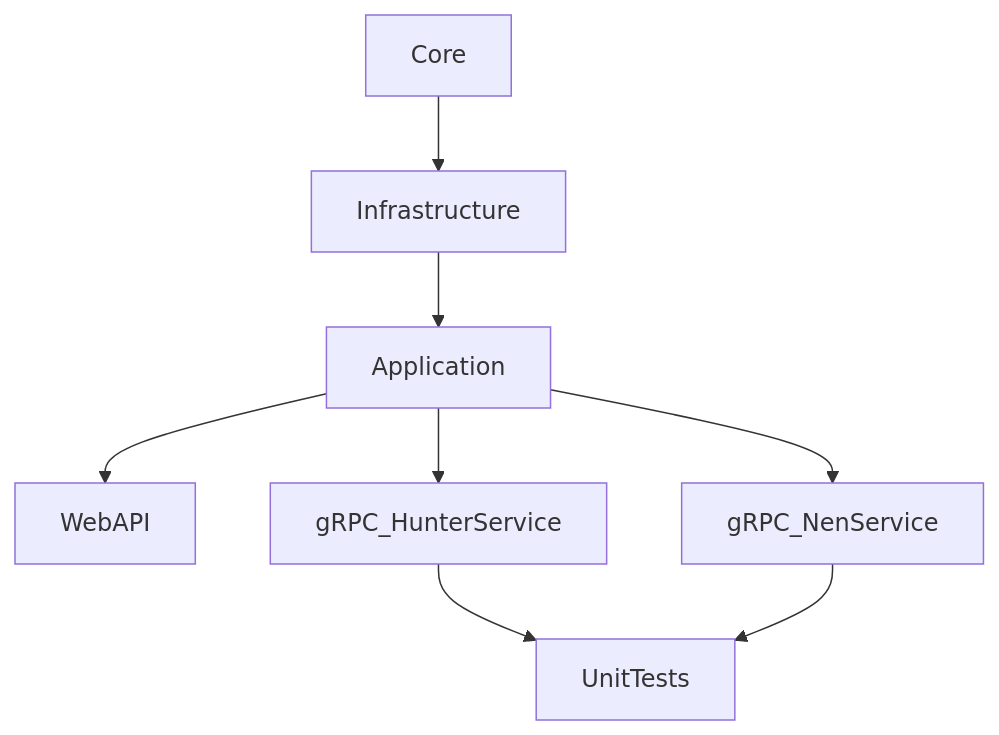
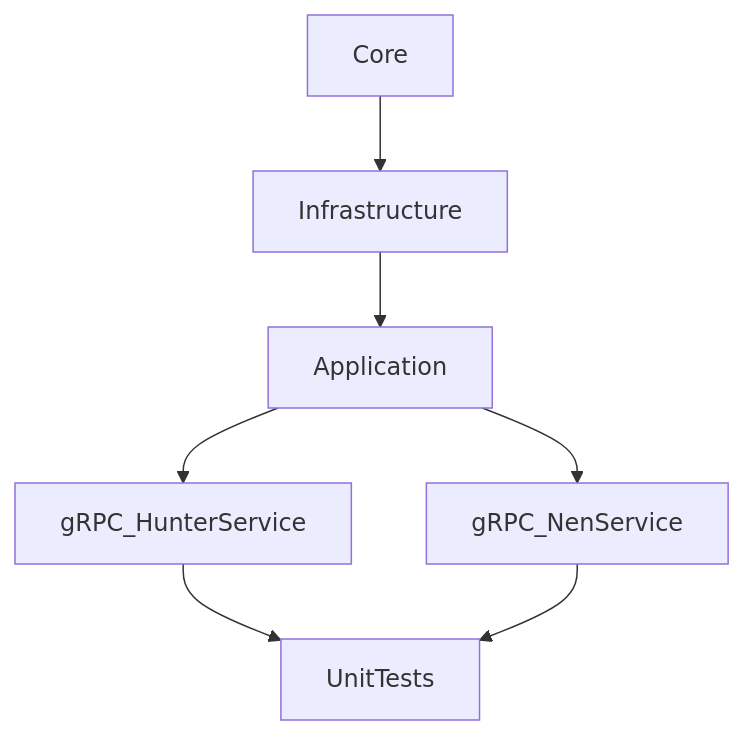
The diagram in README.md (TheNefelin/HxH_Microservice_.NETCore), drawn with Mermaid before and after one commit. The commit also changed other lines of this file and 7 other files, not shown here.

````diff
--- a/README.md
+++ b/README.md
@@ -4,11 +4,10 @@
 ```mermaid
 graph TD;
     Core --> Infrastructure
     Infrastructure --> Application
-    Application --> WebAPI
     Application --> gRPC_HunterService
     Application --> gRPC_NenService
     gRPC_HunterService --> UnitTests
     gRPC_NenService --> UnitTests
     ;
 ```
````
